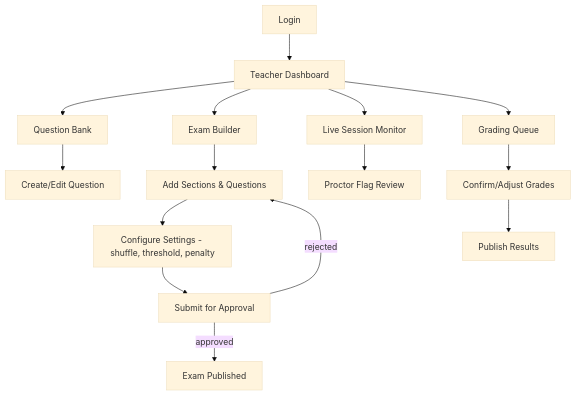
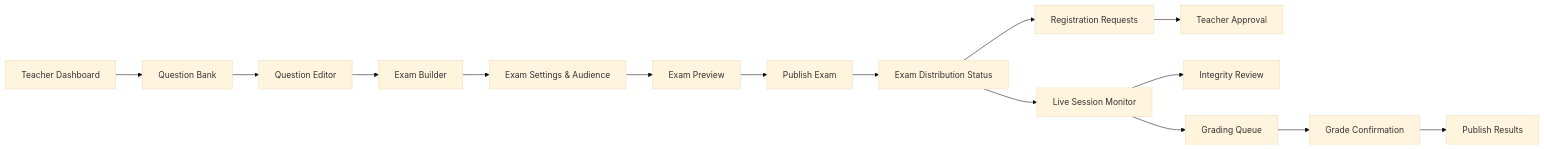
Before and after one commit to Khubaib-Asif/online-exam-platform: the second of 3 diagrams in docs/modules/SCREEN_INVENTORY.md, drawn with Mermaid (base theme). The commit also changed other lines of this file and 85 other files, not shown here.

````diff
--- a/docs/modules/SCREEN_INVENTORY.md
+++ b/docs/modules/SCREEN_INVENTORY.md
@@ -105,17 +135,17 @@
 ```mermaid
-flowchart TD
-    A[Login] --> B[Teacher Dashboard]
-    B --> C[Question Bank]
-    C --> D[Create/Edit Question]
-    B --> E[Exam Builder]
-    E --> F[Add Sections & Questions]
-    F --> G[Configure Settings - shuffle, threshold, penalty]
-    G --> H[Submit for Approval]
-    H -->|approved| I[Exam Published]
-    H -->|rejected| F
-    B --> J[Live Session Monitor]
-    J --> K[Proctor Flag Review]
-    B --> L[Grading Queue]
-    L --> M[Confirm/Adjust Grades]
-    M --> N[Publish Results]
+flowchart LR
+    A[Teacher Dashboard] --> B[Question Bank]
+    B --> C[Question Editor]
+    C --> D[Exam Builder]
+    D --> E[Exam Settings & Audience]
+    E --> F[Exam Preview]
+    F --> G[Publish Exam]
+    G --> H[Exam Distribution Status]
+    H --> I[Registration Requests]
+    I --> J[Teacher Approval]
+    H --> K[Live Session Monitor]
+    K --> L[Integrity Review]
+    K --> M[Grading Queue]
+    M --> N[Grade Confirmation]
+    N --> O[Publish Results]
 ```
````
